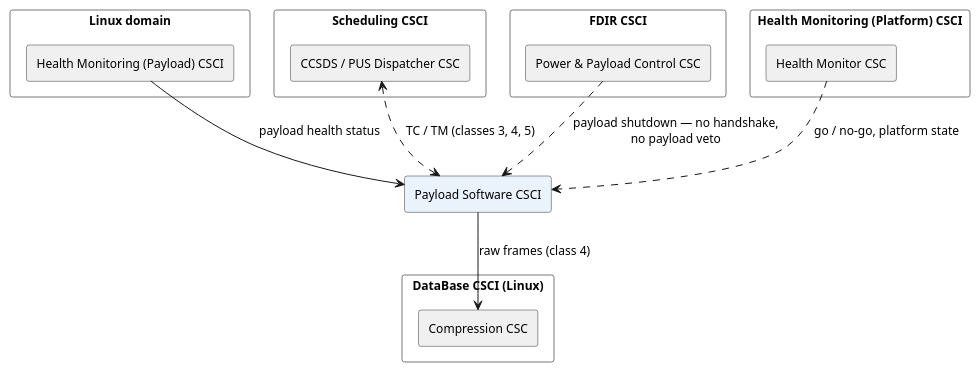
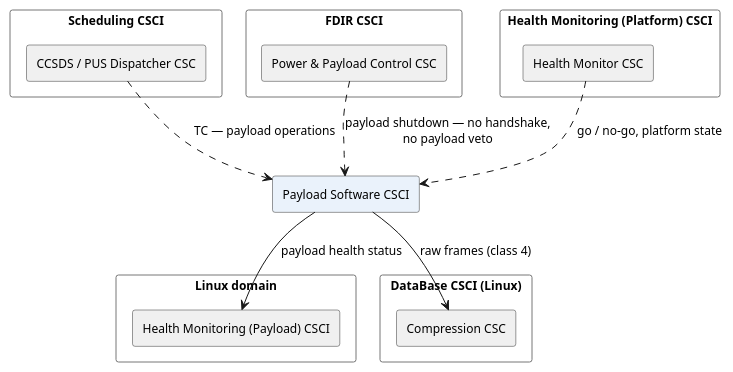
One commit to seapit/urban-memory changed the diagram in docs/puml/obc-csci-payload.puml. Above: the diagram before and after it, drawn with PlantUML. The commit also changed 7 other files, not shown here.

Commit message:
fix diagrams

```diff
--- a/docs/puml/obc-csci-payload.puml
+++ b/docs/puml/obc-csci-payload.puml
@@ -1,54 +1,54 @@
 @startuml
 ' Payload Software CSCI — the CSCI in full, with every relation that crosses its boundary.
 ' Everything drawn in grey is context: it is shown only far enough to say what
 ' this CSCI talks to. The whole picture is in obc-csci-full.puml.
 ' GENERATED from obc-csci-full.puml — edit that file, then re-run split.py.
 
 skinparam componentStyle rectangle
 skinparam packageStyle rectangle
 skinparam shadowing false
 skinparam nodesep 30
 skinparam ranksep 58
 skinparam defaultFontSize 12
 skinparam wrapWidth 240
 skinparam package {
   BackgroundColor #FFFFFF
   BorderColor #777777
 }
 skinparam component {
   BackgroundColor #FFFFFF
   BorderColor #333333
 }
 skinparam database {
   BackgroundColor #FFFFFF
   BorderColor #333333
 }
 
 ' ---------------------------------------------- the CSCI under view
 component "Payload Software CSCI" as PAY #EAF2FB
 
 ' ---------------------------------------------- context only
 package "Linux domain" as LINDOM {
   component "Health Monitoring (Payload) CSCI" as PHM #F0F0F0
 }
 package "DataBase CSCI (Linux)" as DBLX {
   component "Compression CSC" as COMP #F0F0F0
 }
 package "Scheduling CSCI" as SCHED {
   component "CCSDS / PUS Dispatcher CSC" as CCSDS #F0F0F0
 }
 package "FDIR CSCI" as FDIR {
   component "Power & Payload Control CSC" as PPC #F0F0F0
 }
 package "Health Monitoring (Platform) CSCI" as HM {
   component "Health Monitor CSC" as HMON #F0F0F0
 }
 
 ' ---------------------------------------------- across its boundary
-PHM --> PAY : payload health status
+PAY --> PHM : payload health status
 PAY --> COMP : raw frames (class 4)
-CCSDS <..> PAY : TC / TM (classes 3, 4, 5)
+CCSDS ..> PAY : TC — payload operations
 PPC ..> PAY : payload shutdown — no handshake,\nno payload veto
 HMON ..> PAY : go / no-go, platform state
 
 @enduml
```
